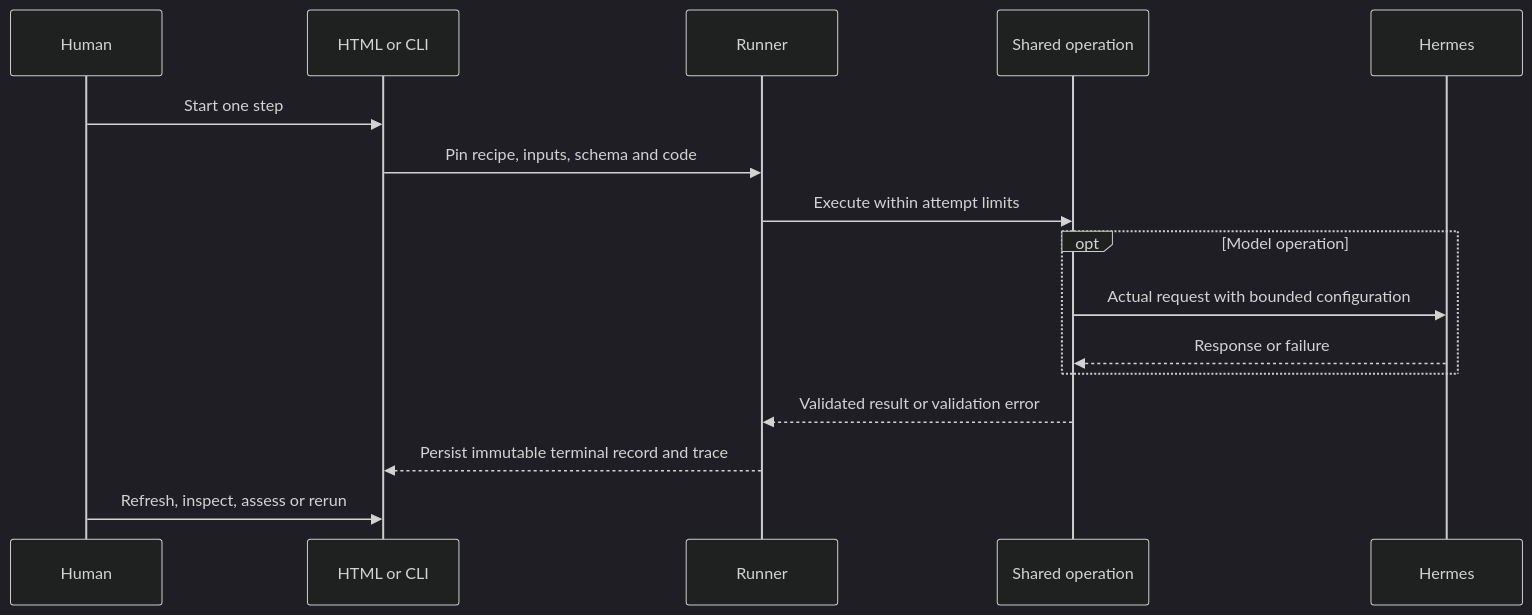
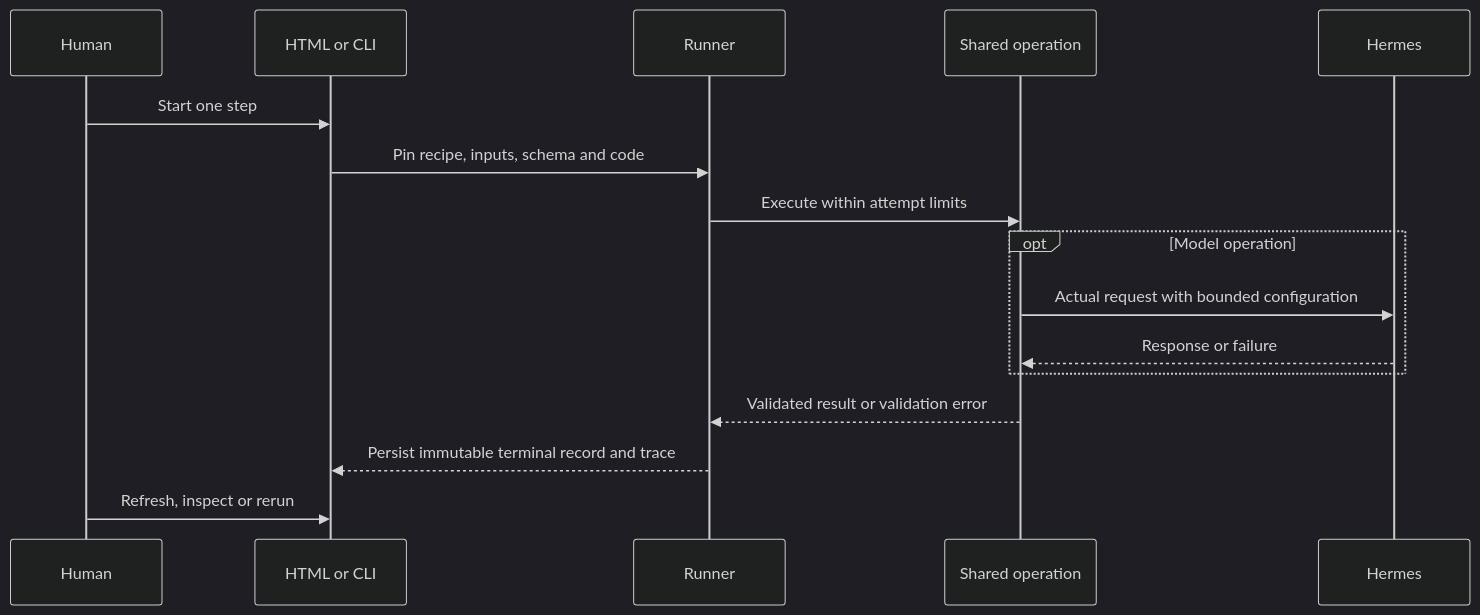
The second of 3 diagrams in docs/experimentation-workbench.md (dweigend/knowledge-server), drawn with Mermaid (dark theme) before and after one commit. The commit also changed other lines of this file and 8 other files, not shown here.

````diff
--- a/docs/experimentation-workbench.md
+++ b/docs/experimentation-workbench.md
@@ -151,18 +155,18 @@
 ```mermaid
 sequenceDiagram
   participant Human
   participant UI as HTML or CLI
   participant Runner
   participant Domain as Shared operation
   participant Hermes
   Human->>UI: Start one step
   UI->>Runner: Pin recipe, inputs, schema and code
   Runner->>Domain: Execute within attempt limits
   opt Model operation
     Domain->>Hermes: Actual request with bounded configuration
     Hermes-->>Domain: Response or failure
   end
   Domain-->>Runner: Validated result or validation error
   Runner-->>UI: Persist immutable terminal record and trace
-  Human->>UI: Refresh, inspect, assess or rerun
+  Human->>UI: Refresh, inspect or rerun
 ```
````
